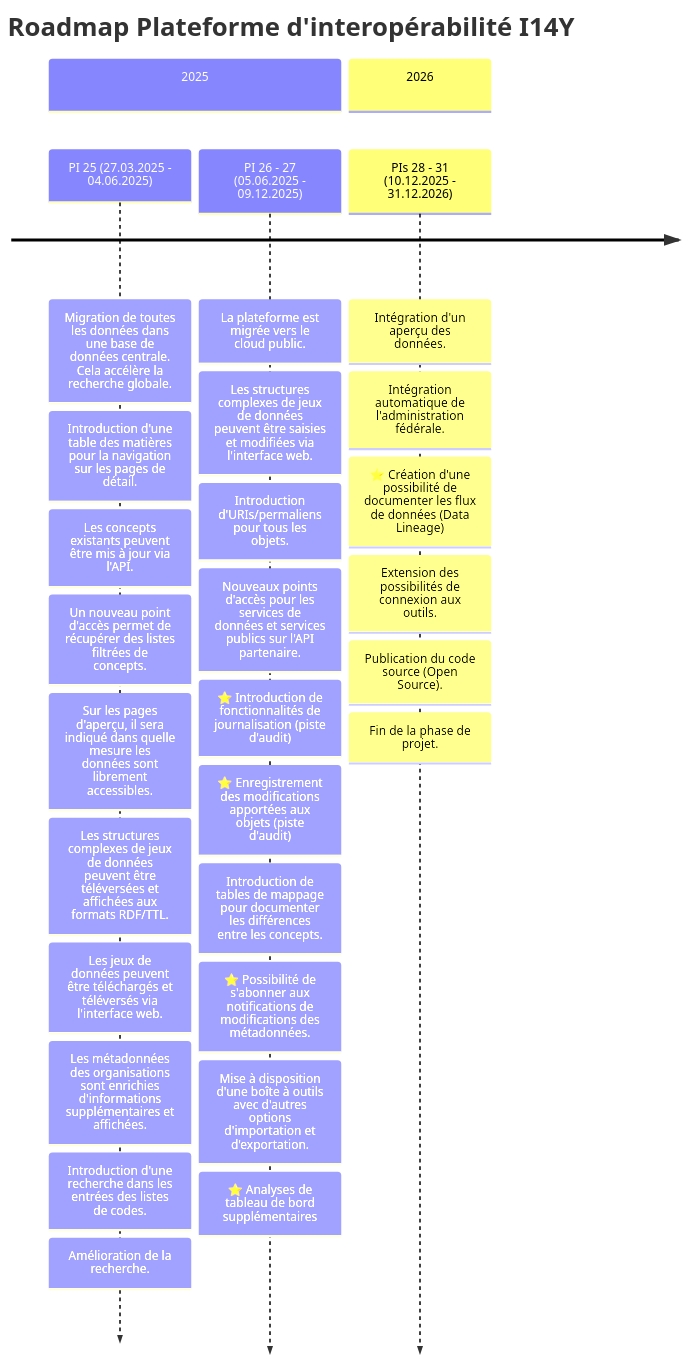
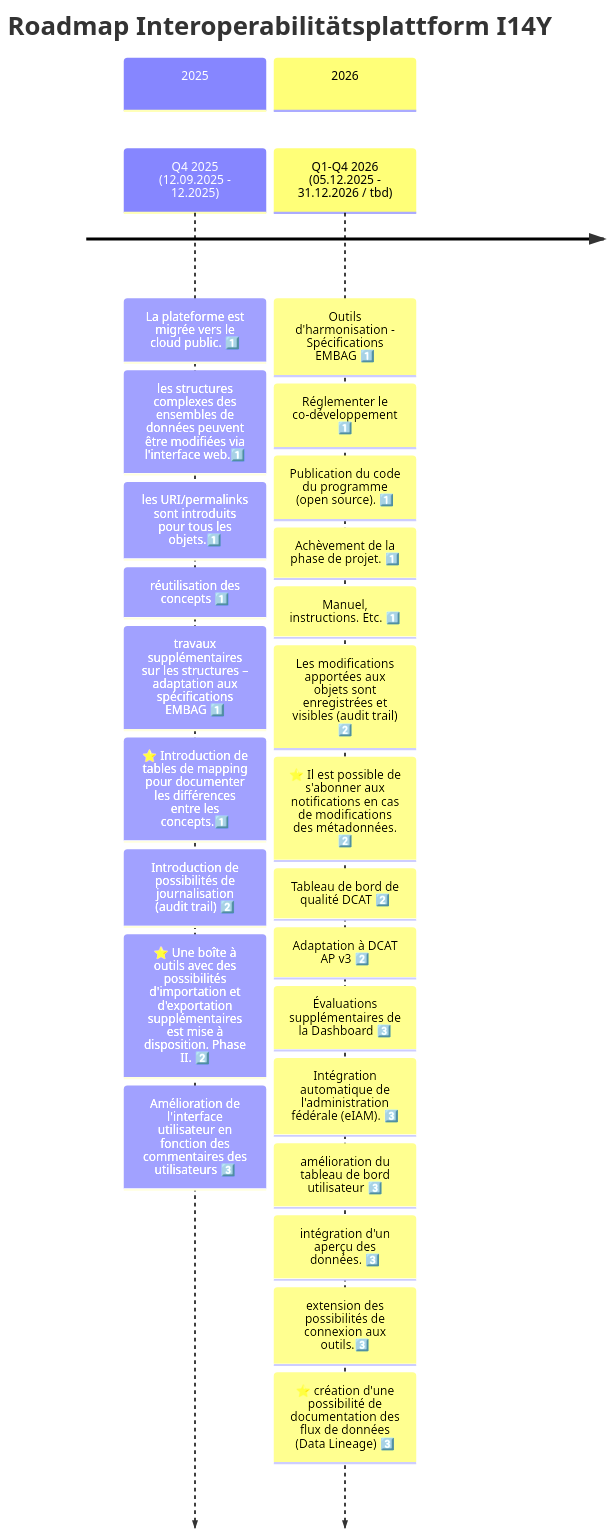
The diagram in content/fr/plateforme/roadmap.md (I14Y-ch/handbook), drawn with Mermaid before and after one commit. The commit also changed other lines of this file and 1 other file, not shown here.

Commit message:
Roadmap update

```diff
--- a/content/fr/plateforme/roadmap.md
+++ b/content/fr/plateforme/roadmap.md
@@ -19,38 +19,36 @@
 {{< mermaid width="650px" >}}
 timeline
-    title Roadmap Plateforme d'interopérabilité I14Y
+    title Roadmap Interoperabilitätsplattform I14Y
     
     section 2025
-        PI 25 (27.03.2025 - 04.06.2025)
-        : Migration de toutes les données dans une base de données centrale. Cela accélère la recherche globale.
-        : Introduction d'une table des matières pour la navigation sur les pages de détail.
-        : Les concepts existants peuvent être mis à jour via l'API.
-        : Un nouveau point d'accès permet de récupérer des listes filtrées de concepts.
-        : Sur les pages d'aperçu, il sera indiqué dans quelle mesure les données sont librement accessibles.
-        : Les structures complexes de jeux de données peuvent être téléversées et affichées aux formats RDF/TTL.
-        : Les jeux de données peuvent être téléchargés et téléversés via l'interface web.
-        : Les métadonnées des organisations sont enrichies d'informations supplémentaires et affichées.
-        : Introduction d'une recherche dans les entrées des listes de codes.
-        : Amélioration de la recherche.
-        
-        PI 26 - 27 (05.06.2025 - 09.12.2025)
-        : La plateforme est migrée vers le cloud public.
-        : Les structures complexes de jeux de données peuvent être saisies et modifiées via l'interface web.
-        : Introduction d'URIs/permaliens pour tous les objets.
-        : Nouveaux points d'accès pour les services de données et services publics sur l'API partenaire.
-        : ⭐ Introduction de fonctionnalités de journalisation (piste d'audit)
-        : ⭐ Enregistrement des modifications apportées aux objets (piste d'audit)
-        : Introduction de tables de mappage pour documenter les différences entre les concepts.
-        : ⭐ Possibilité de s'abonner aux notifications de modifications des métadonnées.
-        : Mise à disposition d'une boîte à outils avec d'autres options d'importation et d'exportation.
-        : ⭐ Analyses de tableau de bord supplémentaires
-  
+    
+        Q4 2025 (12.09.2025 - 12.2025)
+        : La plateforme est migrée vers le cloud public. 1️⃣
+        : les structures complexes des ensembles de données peuvent être modifiées via l'interface web.1️⃣
+        : les URI/permalinks sont introduits pour tous les objets.1️⃣
+        : réutilisation des concepts 1️⃣
+        : travaux supplémentaires sur les structures – adaptation aux spécifications EMBAG 1️⃣
+        : ⭐ Introduction de tables de mapping pour documenter les différences entre les concepts.1️⃣
+        : Introduction de possibilités de journalisation (audit trail) 2️⃣
+        : ⭐ Une boîte à outils avec des possibilités d'importation et d'exportation supplémentaires est mise à disposition. Phase II. 2️⃣
+        : Amélioration de l'interface utilisateur en fonction des commentaires des utilisateurs 3️⃣
+
     section 2026
-        PIs 28 - 31 (10.12.2025 - 31.12.2026)
-        : Intégration d'un aperçu des données.
-        : Intégration automatique de l'administration fédérale.
-        : ⭐ Création d'une possibilité de documenter les flux de données (Data Lineage)
-        : Extension des possibilités de connexion aux outils.
-        : Publication du code source (Open Source).
-        : Fin de la phase de projet.
+        Q1-Q4 2026 (05.12.2025 - 31.12.2026 / tbd)
+        : Outils d'harmonisation - Spécifications EMBAG 1️⃣
+        : Réglementer le co-développement 1️⃣
+        : Publication du code du programme (open source). 1️⃣
+        : Achèvement de la phase de projet. 1️⃣
+        : Manuel, instructions. Etc. 1️⃣
+        : Les modifications apportées aux objets sont enregistrées et visibles (audit trail) 2️⃣
+        : ⭐ Il est possible de s'abonner aux notifications en cas de modifications des métadonnées. 2️⃣
+        : Tableau de bord de qualité DCAT 2️⃣
+        : Adaptation à DCAT AP v3 2️⃣
+        : Évaluations supplémentaires de la Dashboard 3️⃣
+        : Intégration automatique de l'administration fédérale (eIAM). 3️⃣
+        : amélioration du tableau de bord utilisateur 3️⃣
+        : intégration d'un aperçu des données. 3️⃣
+        : extension des possibilités de connexion aux outils.3️⃣
+        : ⭐ création d'une possibilité de documentation des flux de données (Data Lineage) 3️⃣
+
 {{< /mermaid >}}
```
